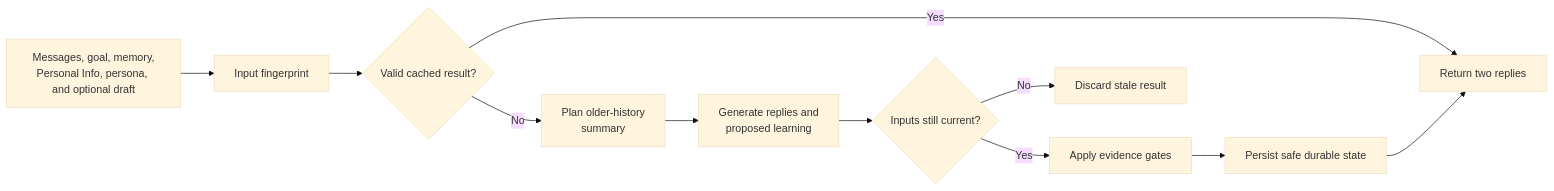
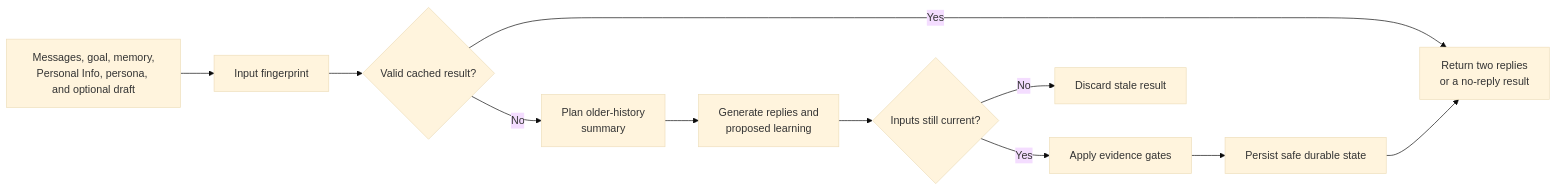
The fourth of 4 diagrams in docs/ai-workflows.md (fanjin-z/framereply), drawn with Mermaid (base theme) before and after one commit. The commit also changed 5 other files, not shown here.

Commit message:
feat: add localized no-reply result to suggest replies shortcuts

````diff
--- a/docs/ai-workflows.md
+++ b/docs/ai-workflows.md
@@ -108,18 +108,18 @@
 ```mermaid
 flowchart LR
     Grounding[Messages, goal, memory,<br/>Personal Info, persona, and optional draft]
     Fingerprint[Input fingerprint]
     Cache{Valid cached result?}
     Summary[Plan older-history<br/>summary]
     Generate[Generate replies and<br/>proposed learning]
     Current{Inputs still current?}
     Evidence[Apply evidence gates]
     Durable[Persist safe durable state]
-    Replies[Return two replies]
+    Replies[Return two replies<br/>or a no-reply result]
 
     Grounding --> Fingerprint --> Cache
     Cache -->|Yes| Replies
     Cache -->|No| Summary --> Generate --> Current
     Current -->|No| Discard[Discard stale result]
     Current -->|Yes| Evidence --> Durable --> Replies
 ```
````
